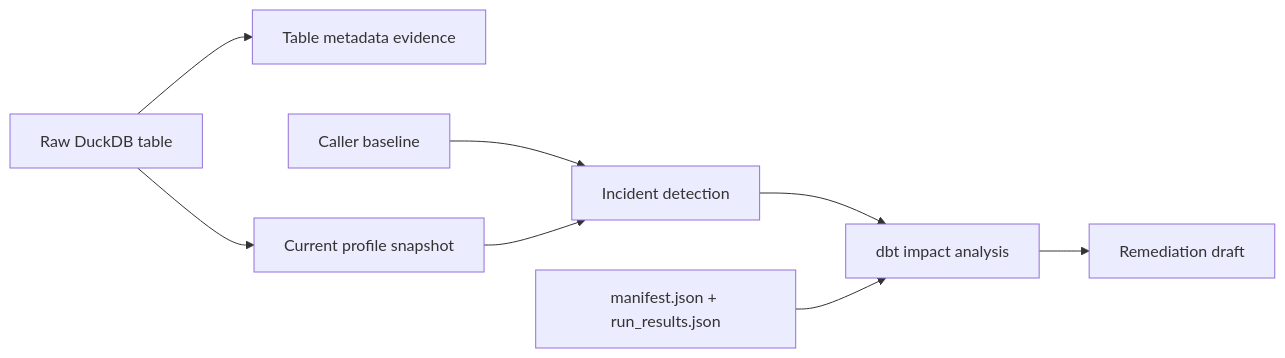
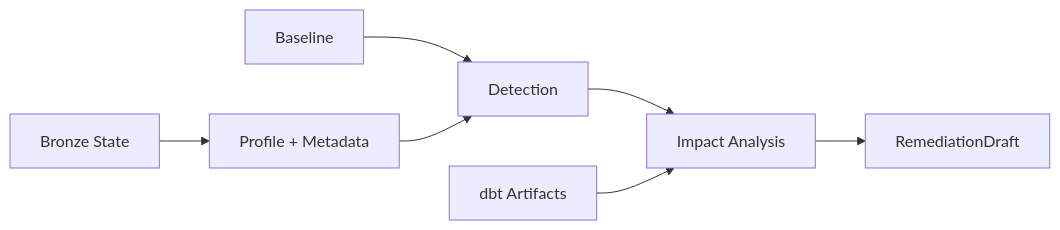
The first of 2 diagrams in docs/domains/reliability.md (mols3131d/hmda-data-reliability), drawn with Mermaid before and after one commit. The commit also changed other lines of this file, not shown here.

````diff
--- a/docs/domains/reliability.md
+++ b/docs/domains/reliability.md
@@ -24,10 +21,9 @@
 ```mermaid
 flowchart LR
-    raw[Raw DuckDB table] --> metadata[Table metadata evidence]
-    raw --> profile[Current profile snapshot]
-    baseline[Caller baseline] --> detection[Incident detection]
+    raw["Bronze State"] --> profile["Profile + Metadata"]
+    baseline["Baseline"] --> detection["Detection"]
     profile --> detection
-    detection --> impact[dbt impact analysis]
-    artifacts[manifest.json + run_results.json] --> impact
-    impact --> draft[Remediation draft]
+    detection --> impact["Impact Analysis"]
+    artifacts["dbt Artifacts"] --> impact
+    impact --> draft["RemediationDraft"]
 ```
````
